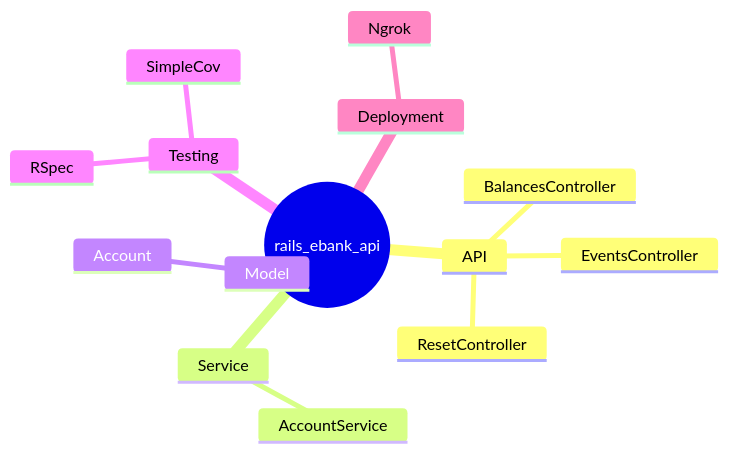
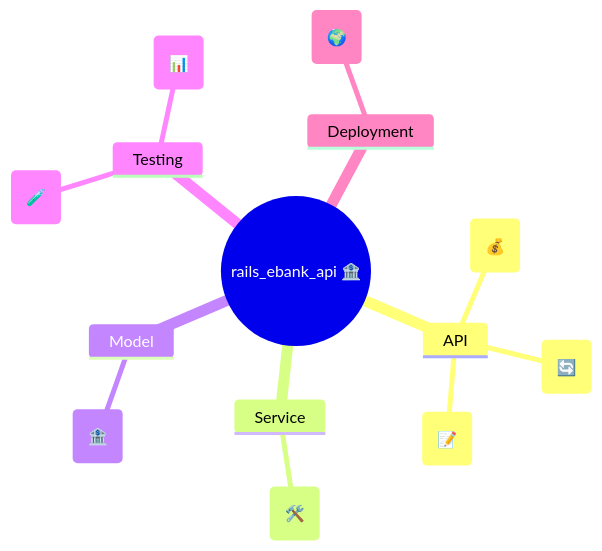
One commit to enogrob/rails_ebank_api changed the third of 4 diagrams in README.md. Above: the diagram before and after it, drawn with Mermaid. The commit also changed other lines of this file, not shown here.

````diff
--- a/README.md
+++ b/README.md
@@ -82,17 +101,17 @@
 ```mermaid
 mindmap
-  root((rails_ebank_api))
+  root((rails_ebank_api 🏦))
     API
-      EventsController
-      BalancesController
-      ResetController
+      EventsController(📝)
+      BalancesController(💰)
+      ResetController(🔄)
     Service
-      AccountService
+      AccountService(🛠️)
     Model
-      Account
+      Account(🏦)
     Testing
-      RSpec
-      SimpleCov
+      RSpec(🧪)
+      SimpleCov(📊)
     Deployment
-      Ngrok
+      Ngrok(🌍)
 ```
````
